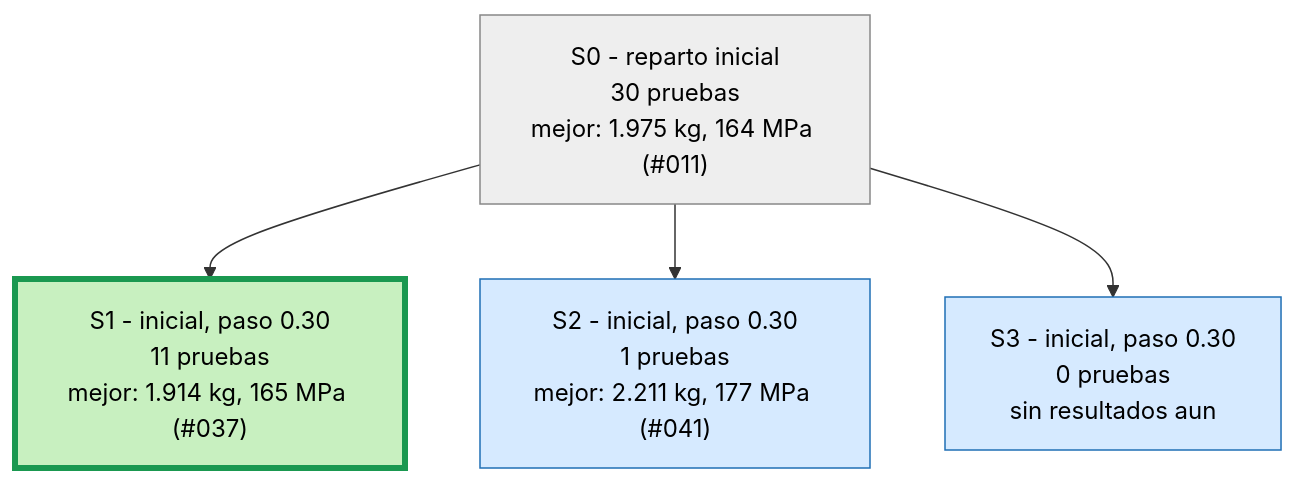
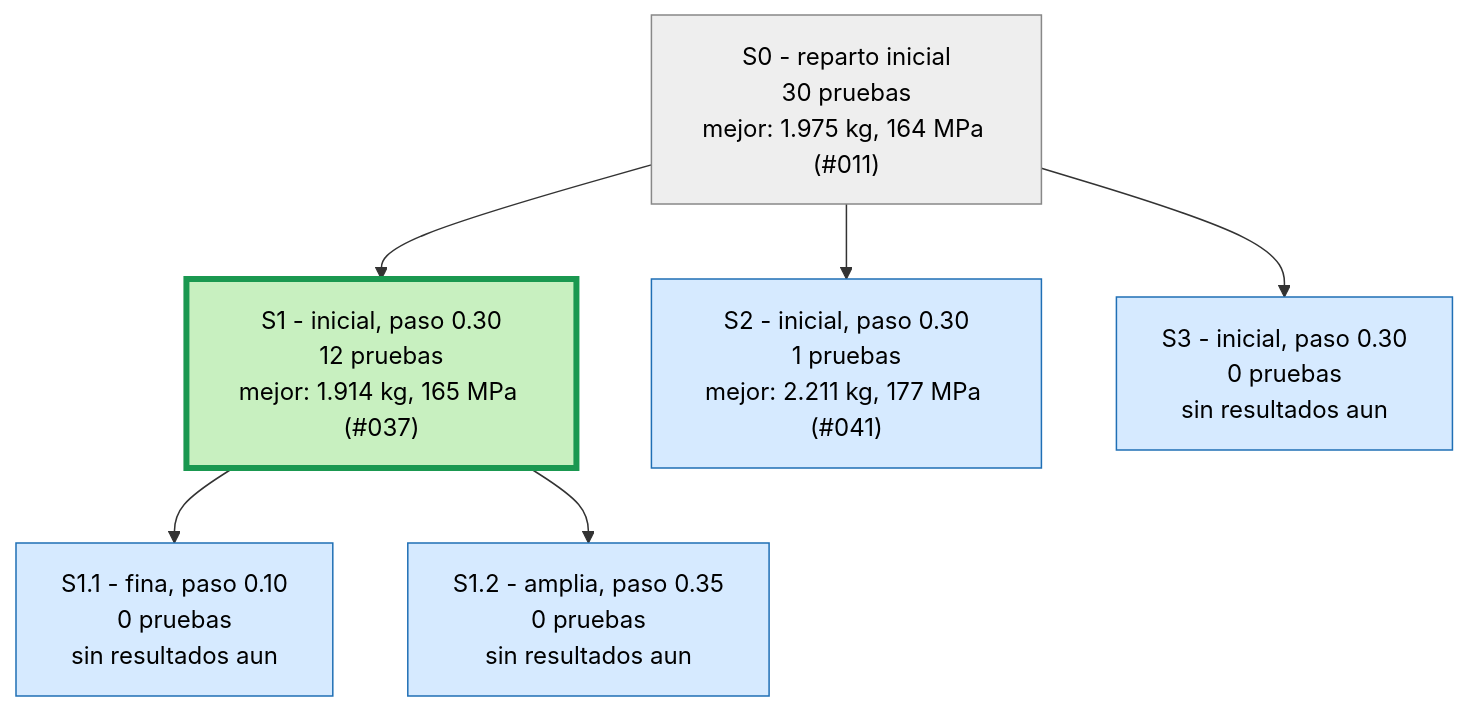
The first of 4 diagrams in runs/opt_37800N/ARBOL.md (Hugiko/msd-soporte-optimizacion), drawn with Mermaid before and after one commit. The commit also changed 16 other files, not shown here.

````diff
--- a/runs/opt_37800N/ARBOL.md
+++ b/runs/opt_37800N/ARBOL.md
@@ -9,13 +9,17 @@
 ```mermaid
 graph TD
 classDef activa fill:#d6eaff,stroke:#1f6fb5,color:#000
 classDef fin fill:#eeeeee,stroke:#888,color:#000
 classDef mejor fill:#c8f0c0,stroke:#1a9850,stroke-width:4px,color:#000
 S0["S0 - reparto inicial<br/>30 pruebas<br/>mejor: 1.975 kg, 164 MPa (#011)"]:::fin
-S1["S1 - inicial, paso 0.30<br/>11 pruebas<br/>mejor: 1.914 kg, 165 MPa (#037)"]:::mejor
+S1["S1 - inicial, paso 0.30<br/>12 pruebas<br/>mejor: 1.914 kg, 165 MPa (#037)"]:::mejor
 S0 --> S1
 S2["S2 - inicial, paso 0.30<br/>1 pruebas<br/>mejor: 2.211 kg, 177 MPa (#041)"]:::activa
 S0 --> S2
 S3["S3 - inicial, paso 0.30<br/>0 pruebas<br/>sin resultados aun"]:::activa
 S0 --> S3
+S1_1["S1.1 - fina, paso 0.10<br/>0 pruebas<br/>sin resultados aun"]:::activa
+S1 --> S1_1
+S1_2["S1.2 - amplia, paso 0.35<br/>0 pruebas<br/>sin resultados aun"]:::activa
+S1 --> S1_2
 ```
````
